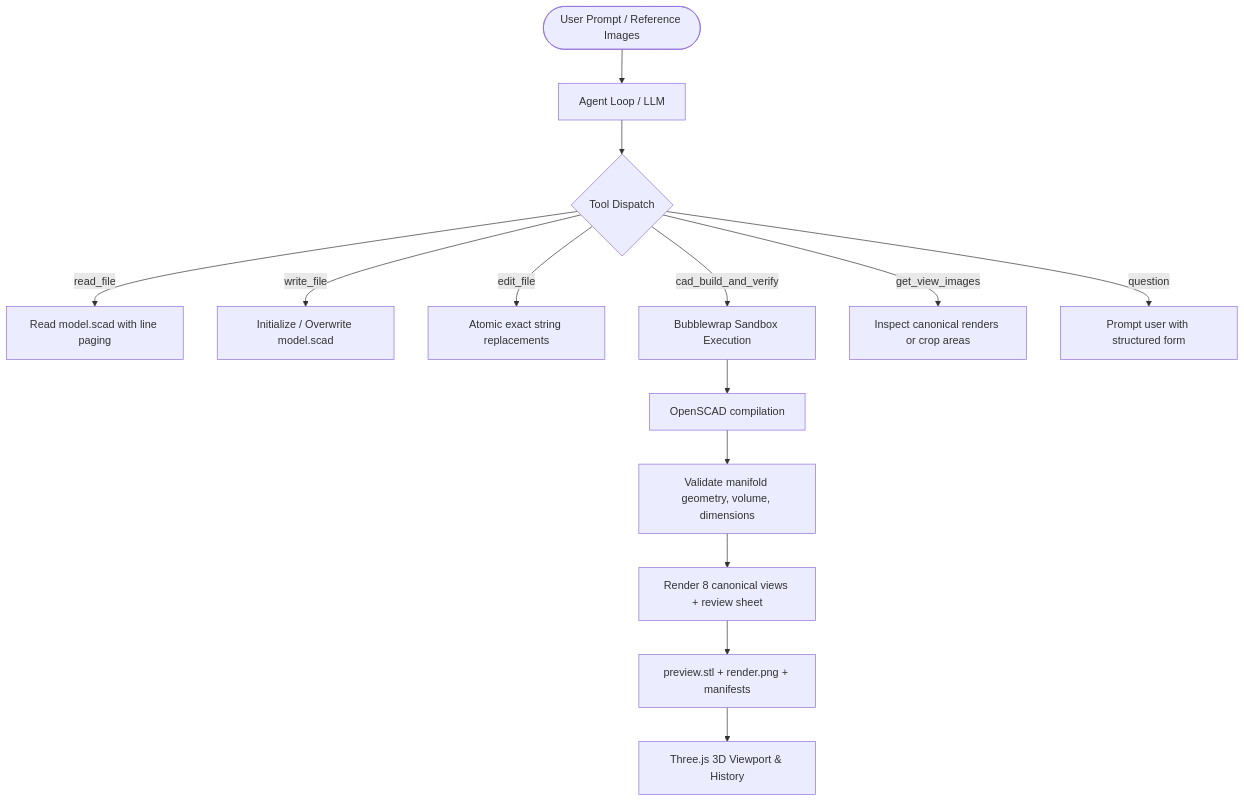
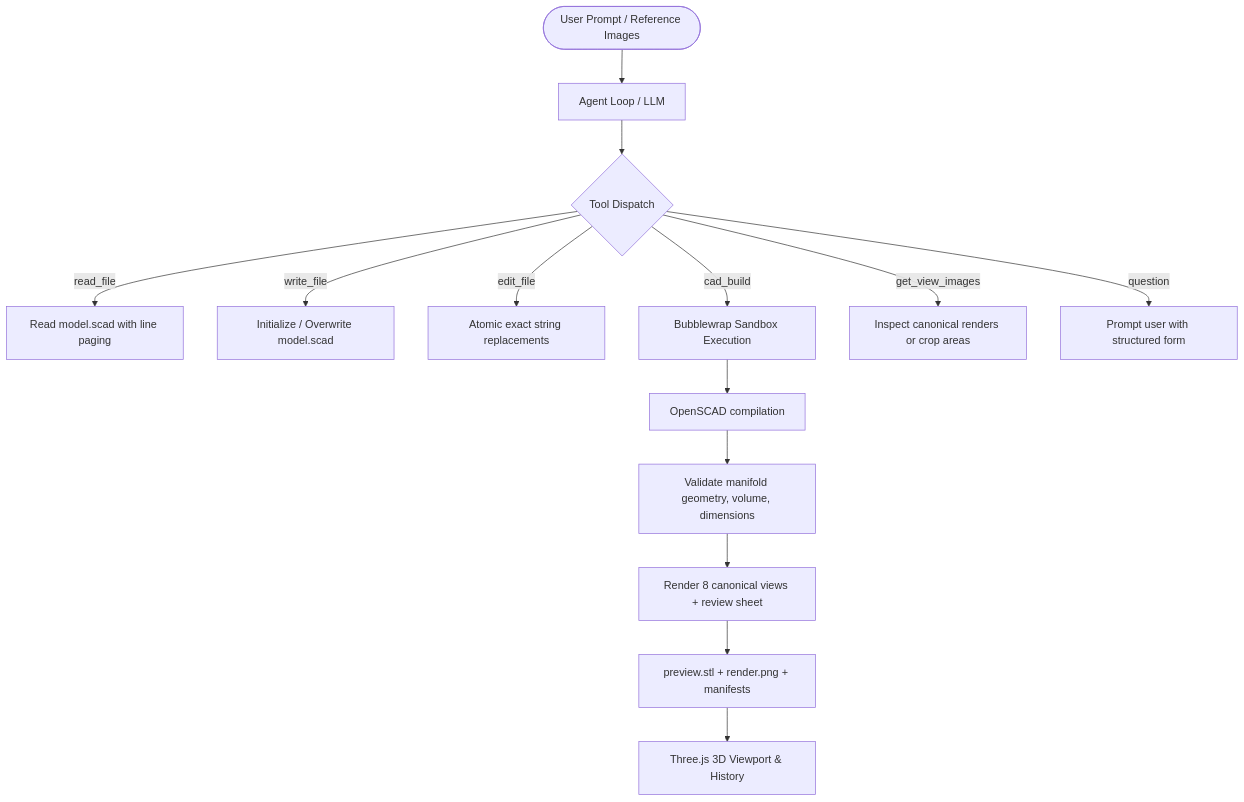
One commit to neuronaline/local-ai-cad-agent changed the diagram in README.md. Above: the diagram before and after it, drawn with Mermaid. The commit also changed other lines of this file and 22 other files, not shown here.

````diff
--- a/README.md
+++ b/README.md
@@ -329,19 +329,19 @@
 ```mermaid
 flowchart TD
     User([User Prompt / Reference Images]) --> AgentRunner[Agent Loop / LLM]
     AgentRunner --> ToolDispatch{Tool Dispatch}
     
     ToolDispatch -->|read_file| ReadSCAD[Read model.scad with line paging]
     ToolDispatch -->|write_file| WriteSCAD[Initialize / Overwrite model.scad]
     ToolDispatch -->|edit_file| EditSCAD[Atomic exact string replacements]
-    ToolDispatch -->|cad_build_and_verify| Sandbox[Bubblewrap Sandbox Execution]
+    ToolDispatch -->|cad_build| Sandbox[Bubblewrap Sandbox Execution]
     ToolDispatch -->|get_view_images| VisualMem[Inspect canonical renders or crop areas]
     ToolDispatch -->|question| UserForm[Prompt user with structured form]
     
     Sandbox --> OpenSCAD[OpenSCAD compilation]
     OpenSCAD --> Verification[Validate manifold geometry, volume, dimensions]
     Verification --> MultiView[Render 8 canonical views + review sheet]
     MultiView --> Artifacts[preview.stl + render.png + manifests]
     
     Artifacts --> UI3D[Three.js 3D Viewport & History]
 ```
````
